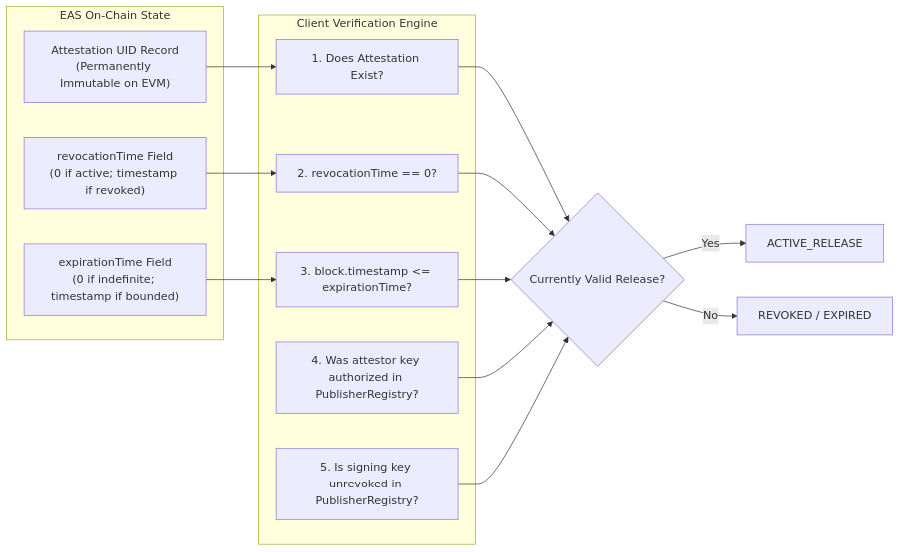
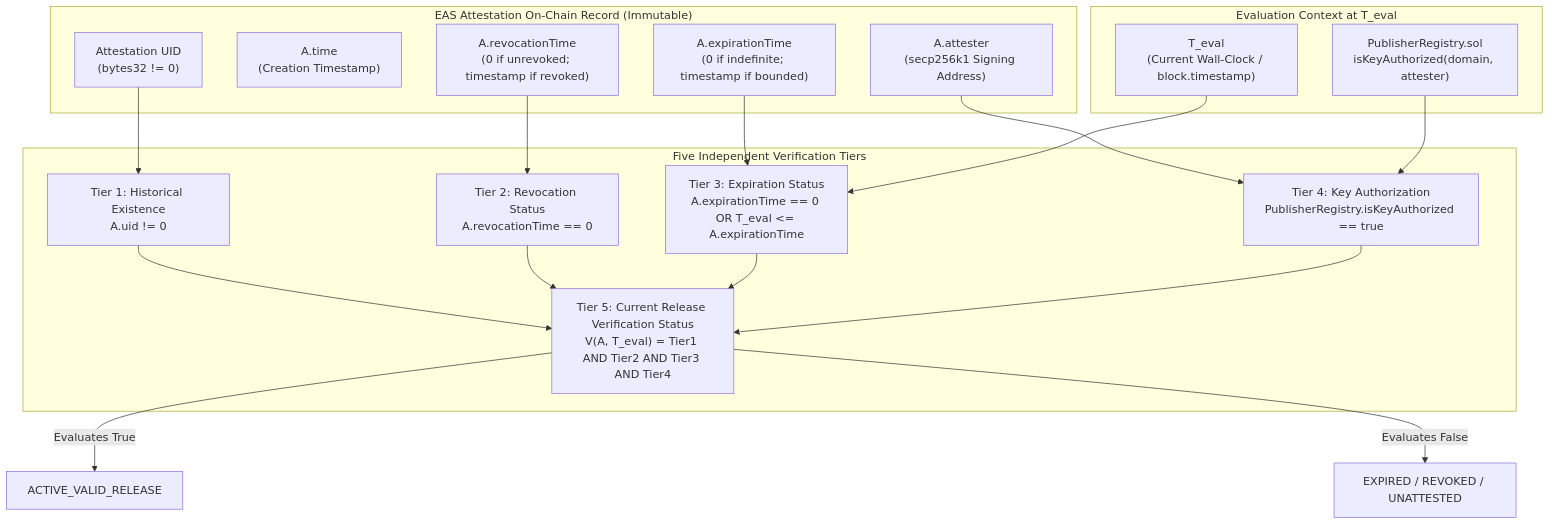
The diagram in docs/06-blockchain/EAS_INTEGRATION.md (MustafaPinjari/LUCENTRA), drawn with Mermaid before and after one commit. The commit also changed other lines of this file and 22 other files, not shown here.

````diff
--- a/docs/06-blockchain/EAS_INTEGRATION.md
+++ b/docs/06-blockchain/EAS_INTEGRATION.md
@@ -20,23 +20,31 @@
 ```mermaid
-flowchart LR
-    subgraph OnChainState["EAS On-Chain State"]
-        AttestationRecord["Attestation UID Record<br/>(Permanently Immutable on EVM)"]
-        RevocationField["revocationTime Field<br/>(0 if active; timestamp if revoked)"]
-        ExpirationField["expirationTime Field<br/>(0 if indefinite; timestamp if bounded)"]
+flowchart TD
+    subgraph OnChainRecord["EAS Attestation On-Chain Record (Immutable)"]
+        AttestationUID["Attestation UID<br/>(bytes32 != 0)"]
+        CreationTime["A.time<br/>(Creation Timestamp)"]
+        RevocationField["A.revocationTime<br/>(0 if unrevoked; timestamp if revoked)"]
+        ExpirationField["A.expirationTime<br/>(0 if indefinite; timestamp if bounded)"]
+        AttesterKey["A.attester<br/>(secp256k1 Signing Address)"]
     end
 
-    subgraph ClientEvaluation["Client Verification Engine"]
-        Check1["1. Does Attestation Exist?"]
-        Check2["2. revocationTime == 0?"]
-        Check3["3. block.timestamp <= expirationTime?"]
-        Check4["4. Was attestor key authorized in PublisherRegistry?"]
-        Check5["5. Is signing key unrevoked in PublisherRegistry?"]
+    subgraph EvaluationEnvironment["Evaluation Context at T_eval"]
+        CurrentTime["T_eval<br/>(Current Wall-Clock / block.timestamp)"]
+        RegistryContract["PublisherRegistry.sol<br/>isKeyAuthorized(domain, attester)"]
     end
 
-    AttestationRecord --> Check1
-    RevocationField --> Check2
-    ExpirationField --> Check3
-    Check1 & Check2 & Check3 & Check4 & Check5 --> Verdict{Currently Valid Release?}
-    Verdict -- Yes --> Valid[ACTIVE_RELEASE]
-    Verdict -- No --> Invalid[REVOKED / EXPIRED]
+    subgraph FiveTiers["Five Independent Verification Tiers"]
+        Tier1["Tier 1: Historical Existence<br/>A.uid != 0"]
+        Tier2["Tier 2: Revocation Status<br/>A.revocationTime == 0"]
+        Tier3["Tier 3: Expiration Status<br/>A.expirationTime == 0 OR T_eval <= A.expirationTime"]
+        Tier4["Tier 4: Key Authorization<br/>PublisherRegistry.isKeyAuthorized == true"]
+        Tier5["Tier 5: Current Release Verification Status<br/>V(A, T_eval) = Tier1 AND Tier2 AND Tier3 AND Tier4"]
+    end
+
+    AttestationUID --> Tier1
+    RevocationField --> Tier2
+    ExpirationField & CurrentTime --> Tier3
+    AttesterKey & RegistryContract --> Tier4
+    Tier1 & Tier2 & Tier3 & Tier4 --> Tier5
+    Tier5 -- Evaluates True --> ActiveRelease["ACTIVE_VALID_RELEASE"]
+    Tier5 -- Evaluates False --> InactiveRelease["EXPIRED / REVOKED / UNATTESTED"]
 ```
````
